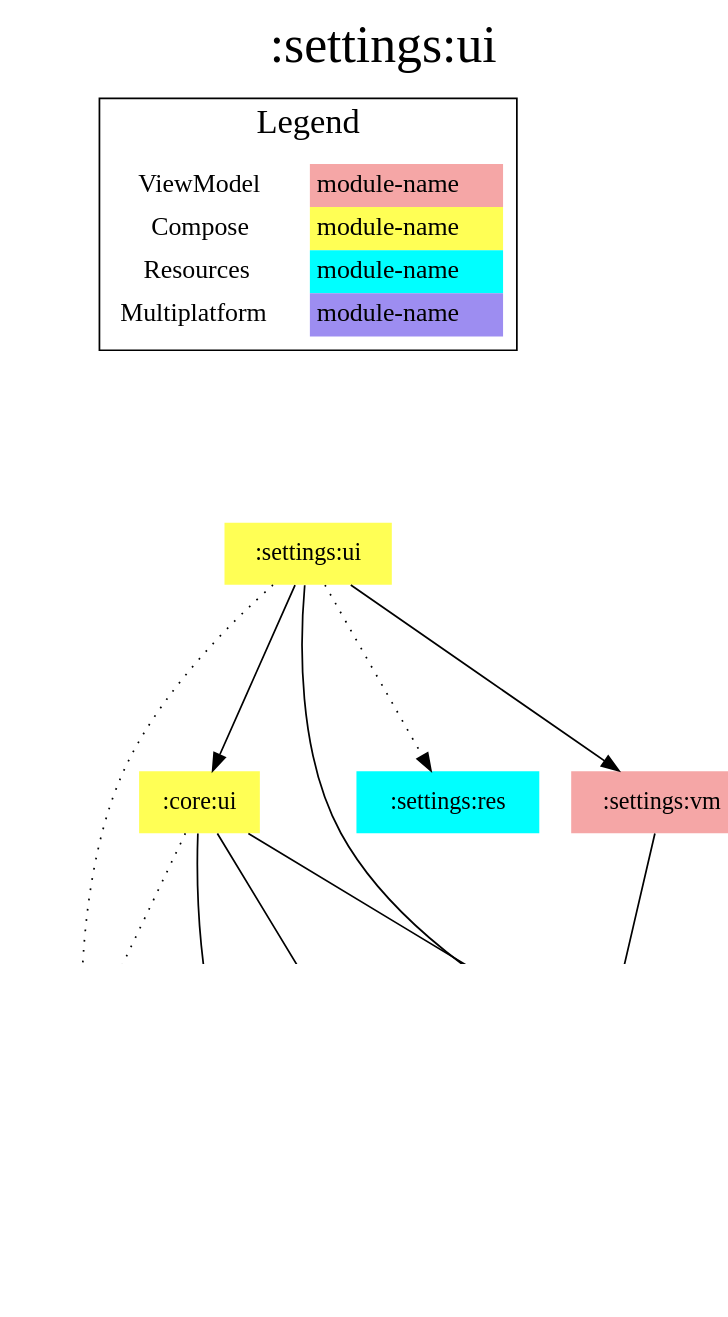
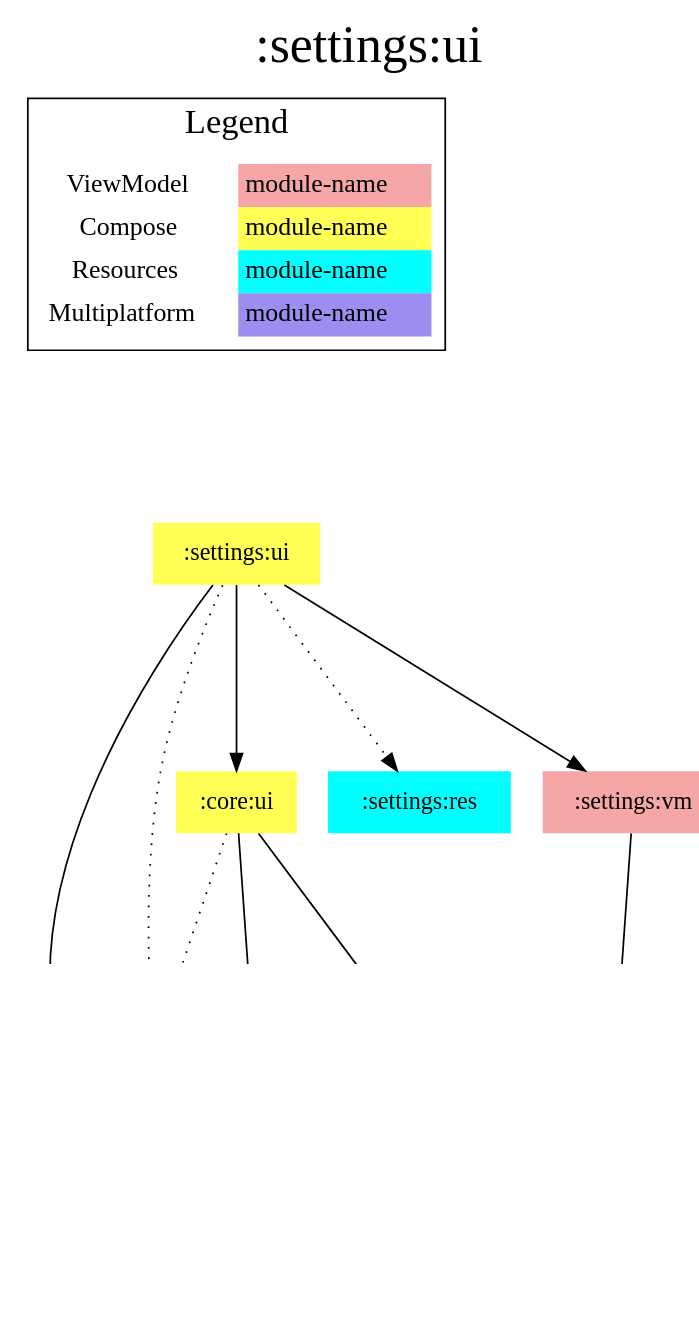
Before and after one commit to jonapoul/aktual: the diagram in modules/settings/ui/modules.dot, drawn with Graphviz. The commit also changed 36 other files, not shown here.

Commit message:
core:colorscheme -> prefs

```diff
--- a/modules/settings/ui/modules.dot
+++ b/modules/settings/ui/modules.dot
@@ -1,40 +1,39 @@
 digraph {
 edge ["dir"="forward"]
 graph ["dpi"="100","label"=":settings:ui","labelloc"="t","fontsize"="30","ranksep"="1.5","rankdir"="TB"]
 node ["style"="filled"]
-":core:colorscheme" ["fillcolor"="#9D8DF1","shape"="none"]
 ":core:model" ["fillcolor"="#9D8DF1","shape"="none"]
 ":core:res" ["fillcolor"="#00FFFF","shape"="none"]
 ":core:ui" ["fillcolor"="#FFFF55","shape"="none"]
 ":core:versions" ["fillcolor"="#9D8DF1","shape"="none"]
+":prefs" ["fillcolor"="#9D8DF1","shape"="none"]
 ":settings:res" ["fillcolor"="#00FFFF","shape"="none"]
 ":settings:ui" ["fillcolor"="#FFFF55","shape"="none"]
 ":settings:vm" ["fillcolor"="#F5A6A6","shape"="none"]
 {
 edge ["dir"="none"]
 graph ["rank"="same"]
 }
-":core:colorscheme" -> ":core:model"
-":core:ui" -> ":core:colorscheme"
 ":core:ui" -> ":core:model"
 ":core:ui" -> ":core:res" ["style"="dotted"]
 ":core:ui" -> ":core:versions"
-":settings:ui" -> ":core:colorscheme"
+":prefs" -> ":core:model"
+":settings:ui" -> ":core:model"
 ":settings:ui" -> ":core:res" ["style"="dotted"]
 ":settings:ui" -> ":core:ui"
 ":settings:ui" -> ":settings:res" ["style"="dotted"]
 ":settings:ui" -> ":settings:vm"
-":settings:vm" -> ":core:colorscheme"
+":settings:vm" -> ":prefs"
 subgraph "cluster_legend" {
 edge ["dir"="none"]
 graph ["label"="Legend","fontsize"="20"]
 "Legend" ["style"="filled","fillcolor"="#FFFFFF","shape"="none","margin"="0","fontsize"="15","label"=<
 <TABLE BORDER="0" CELLBORDER="0" CELLSPACING="0" CELLPADDING="4">
 <TR><TD>ViewModel</TD><TD BGCOLOR="#F5A6A6">module-name</TD></TR>
 <TR><TD>Compose</TD><TD BGCOLOR="#FFFF55">module-name</TD></TR>
 <TR><TD>Resources</TD><TD BGCOLOR="#00FFFF">module-name</TD></TR>
 <TR><TD>Multiplatform</TD><TD BGCOLOR="#9D8DF1">module-name</TD></TR>
 </TABLE>
 >]
 } -> ":settings:ui" ["style"="invis"]
 }
```
